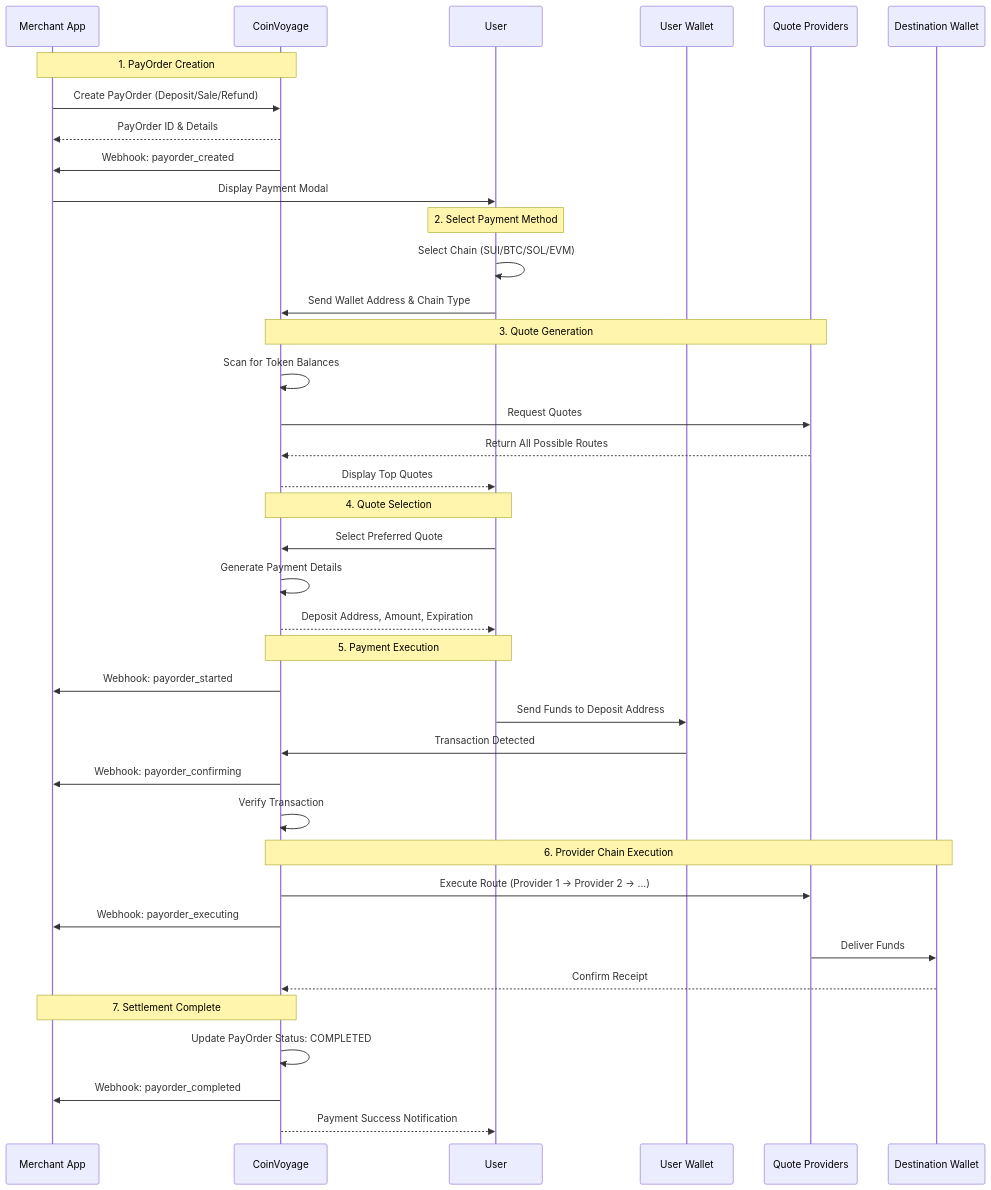
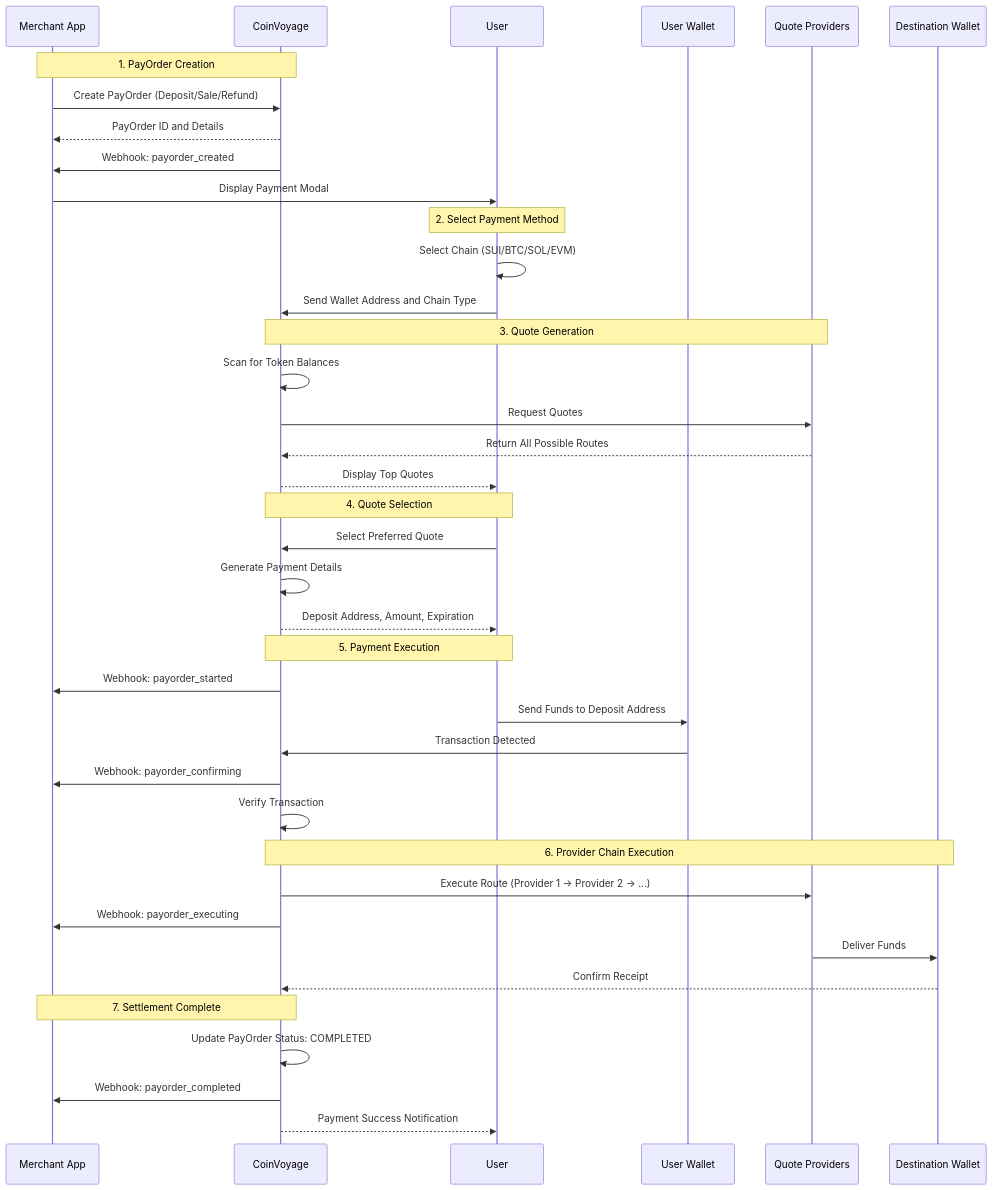
The diagram in overview/how-it-works.md (coin-voyage/docs), drawn with Mermaid before and after one commit. The commit also changed other lines of this file and 36 other files, not shown here.

````diff
--- a/overview/how-it-works.md
+++ b/overview/how-it-works.md
@@ -29,48 +29,48 @@
 ```mermaid
 sequenceDiagram
     participant Merchant as Merchant App
     participant CV as CoinVoyage
     participant User as User
     participant Wallet as User Wallet
     participant Providers as Quote Providers
     participant Dest as Destination Wallet
 
     Note over Merchant,CV: 1. PayOrder Creation
     Merchant->>CV: Create PayOrder (Deposit/Sale/Refund)
-    CV-->>Merchant: PayOrder ID & Details
+    CV-->>Merchant: PayOrder ID and Details
     CV->>Merchant: Webhook: payorder_created
     Merchant->>User: Display Payment Modal
 
     Note over User,User: 2. Select Payment Method
     User->>User: Select Chain (SUI/BTC/SOL/EVM)
-    User->>CV: Send Wallet Address & Chain Type
+    User->>CV: Send Wallet Address and Chain Type
 
     Note over CV,Providers: 3. Quote Generation
     CV->>CV: Scan for Token Balances
     CV->>Providers: Request Quotes
     Providers-->>CV: Return All Possible Routes
     CV-->>User: Display Top Quotes
 
     Note over User,CV: 4. Quote Selection
     User->>CV: Select Preferred Quote
     CV->>CV: Generate Payment Details
     CV-->>User: Deposit Address, Amount, Expiration
 
     Note over User,CV: 5. Payment Execution
     CV->>Merchant: Webhook: payorder_started
     User->>Wallet: Send Funds to Deposit Address
     Wallet->>CV: Transaction Detected
     CV->>Merchant: Webhook: payorder_confirming
     CV->>CV: Verify Transaction
 
     Note over CV,Dest: 6. Provider Chain Execution
-    CV->>Providers: Execute Route (Provider 1 → Provider 2 → ...)
+    CV->>Providers: Execute Route (Provider 1 -> Provider 2 -> ...)
     CV->>Merchant: Webhook: payorder_executing
     Providers->>Dest: Deliver Funds
     Dest-->>CV: Confirm Receipt
 
     Note over CV,Merchant: 7. Settlement Complete
     CV->>CV: Update PayOrder Status: COMPLETED
     CV->>Merchant: Webhook: payorder_completed
     CV-->>User: Payment Success Notification
 ```
````
